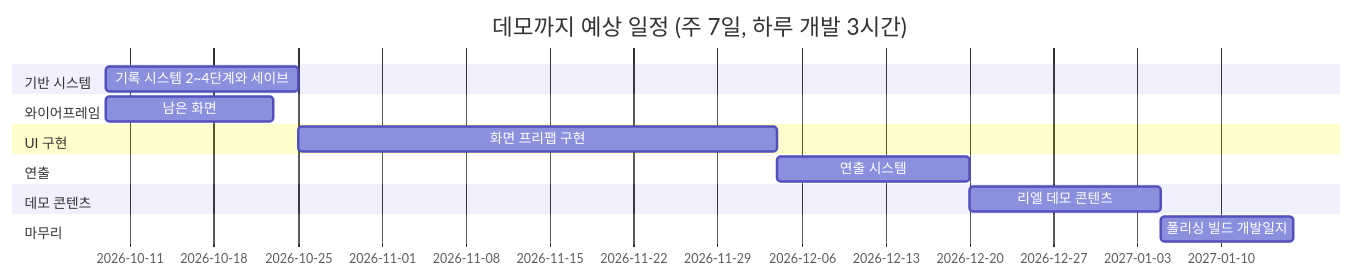
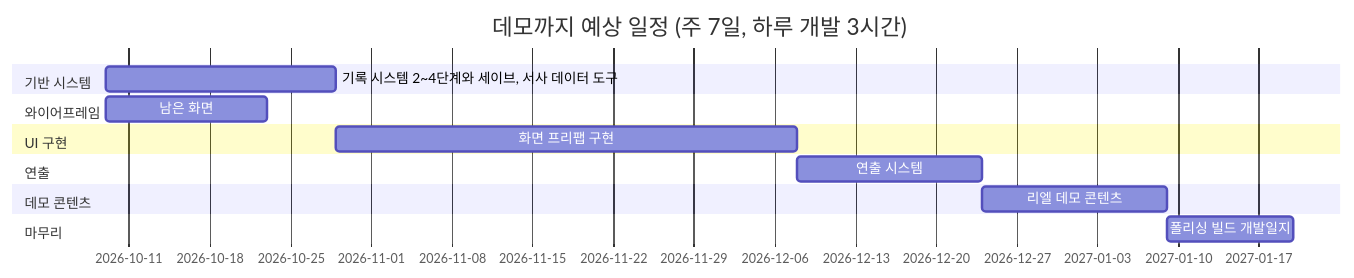
One commit to shieon51/UnityPortfolio1_LastTale changed the diagram in docs/개발로드맵.md. Above: the diagram before and after it, drawn with Mermaid. The commit also changed other lines of this file and 1 other file, not shown here.

````diff
--- a/docs/개발로드맵.md
+++ b/docs/개발로드맵.md
@@ -26,17 +26,17 @@
 ```mermaid
 gantt
     title 데모까지 예상 일정 (주 7일, 하루 개발 3시간)
     dateFormat YYYY-MM-DD
     section 기반 시스템
-    기록 시스템 2~4단계와 세이브 :a1, 2026-10-09, 16d
+    기록 시스템 2~4단계와 세이브, 서사 데이터 도구 :a1, 2026-10-09, 20d
     section 와이어프레임
     남은 화면 :b1, 2026-10-09, 14d
     section UI 구현
     화면 프리팹 구현 :c1, after a1, 40d
     section 연출
     연출 시스템 :d1, after c1, 16d
     section 데모 콘텐츠
     리엘 데모 콘텐츠 :e1, after d1, 16d
     section 마무리
     폴리싱 빌드 개발일지 :f1, after e1, 11d
 ```
````
